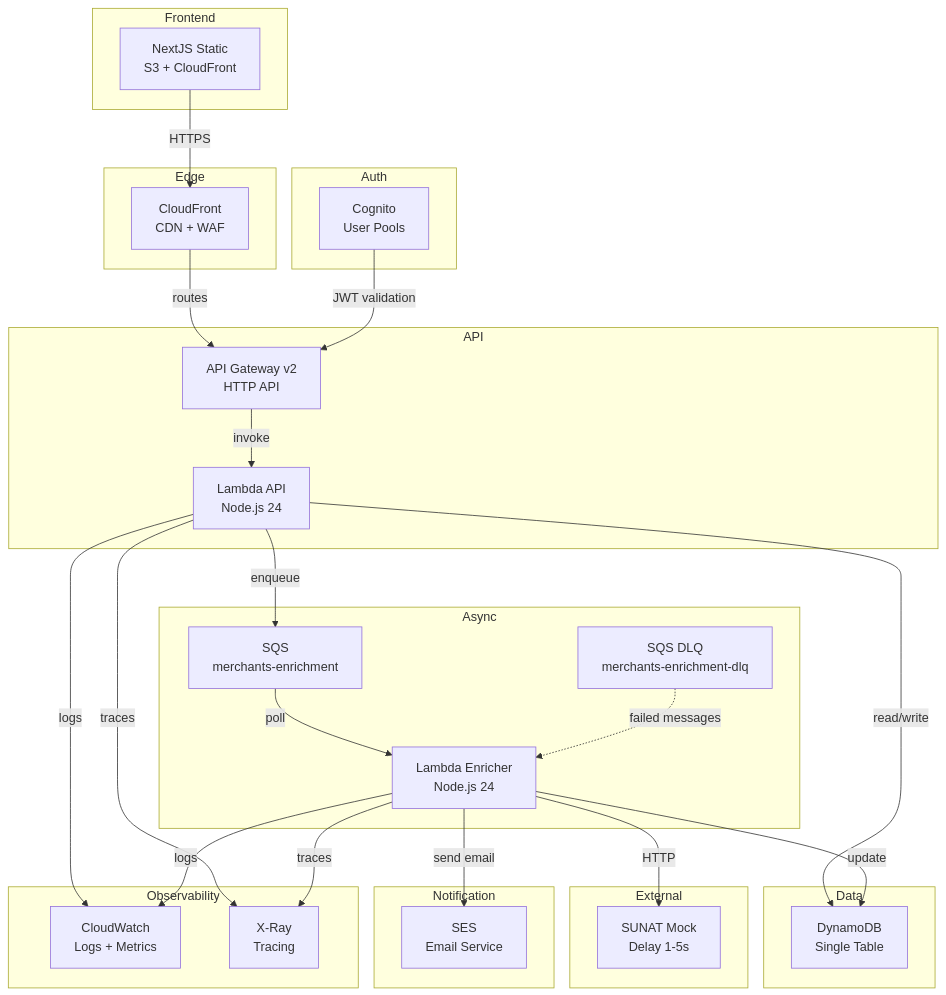
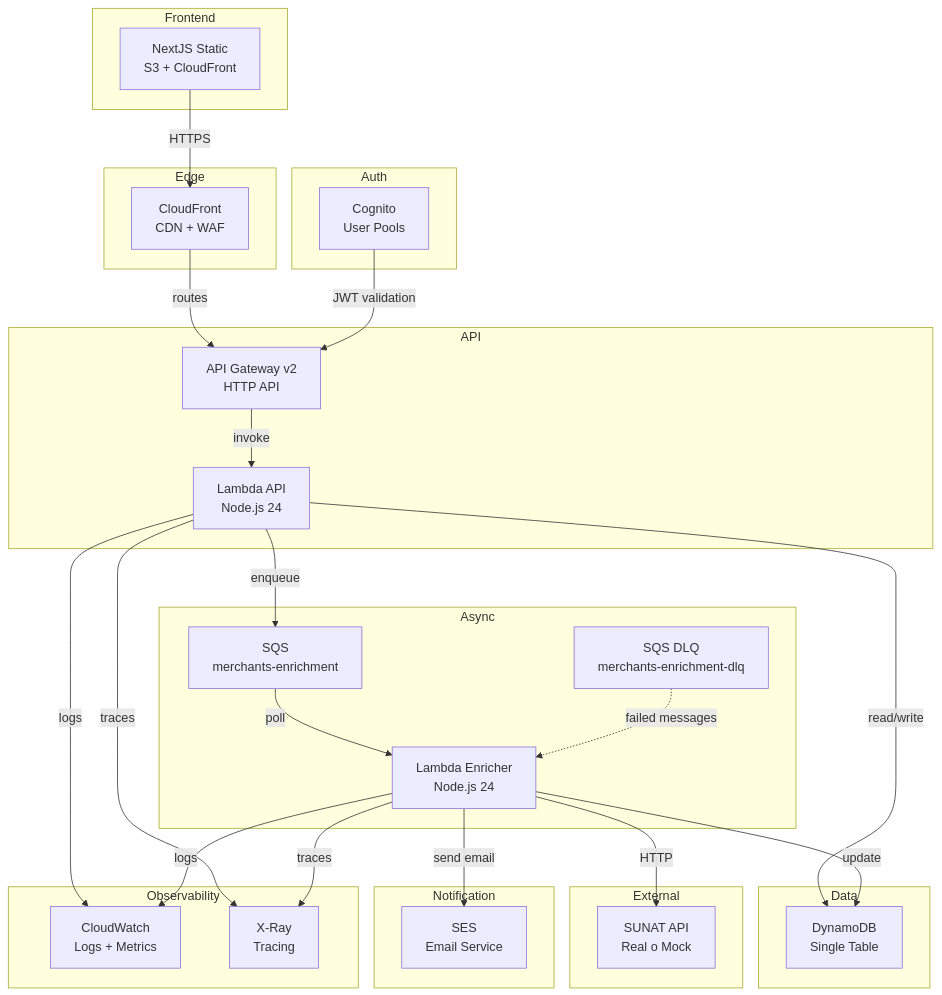
One commit to evenhold/applying-challenge changed the first of 3 diagrams in docs/architecture.md. Above: the diagram before and after it, drawn with Mermaid. The commit also changed other lines of this file, not shown here.

First line of the commit message:
docs: add development architecture diagram and setup guide

````diff
--- a/docs/architecture.md
+++ b/docs/architecture.md
@@ -5,58 +5,58 @@
 ```mermaid
 graph TB
     subgraph "Frontend"
         A[NextJS Static<br/>S3 + CloudFront]
     end
 
     subgraph "Edge"
         B[CloudFront<br/>CDN + WAF]
     end
 
     subgraph "Auth"
         C[Cognito<br/>User Pools]
     end
 
     subgraph "API"
         D[API Gateway v2<br/>HTTP API]
         E[Lambda API<br/>Node.js 24]
     end
 
     subgraph "Data"
         F[DynamoDB<br/>Single Table]
     end
 
     subgraph "Async"
         G[SQS<br/>merchants-enrichment]
         H[SQS DLQ<br/>merchants-enrichment-dlq]
         I[Lambda Enricher<br/>Node.js 24]
     end
 
     subgraph "External"
-        J[SUNAT Mock<br/>Delay 1-5s]
+        J[SUNAT API<br/>Real o Mock]
     end
 
     subgraph "Notification"
         K[SES<br/>Email Service]
     end
 
     subgraph "Observability"
         L[CloudWatch<br/>Logs + Metrics]
         M[X-Ray<br/>Tracing]
     end
 
     A -->|HTTPS| B
     B -->|routes| D
     C -->|JWT validation| D
     D -->|invoke| E
     E -->|read/write| F
     E -->|enqueue| G
     G -->|poll| I
     H -.->|failed messages| I
     I -->|HTTP| J
     I -->|update| F
     I -->|send email| K
     E -->|traces| M
     I -->|traces| M
     E -->|logs| L
     I -->|logs| L
 ```
````
